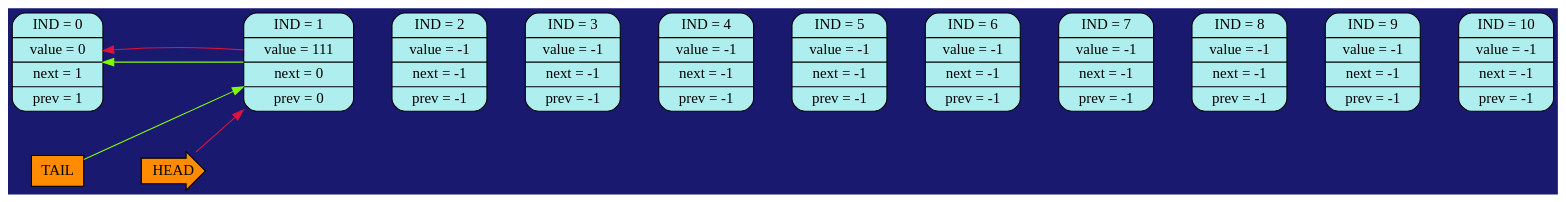
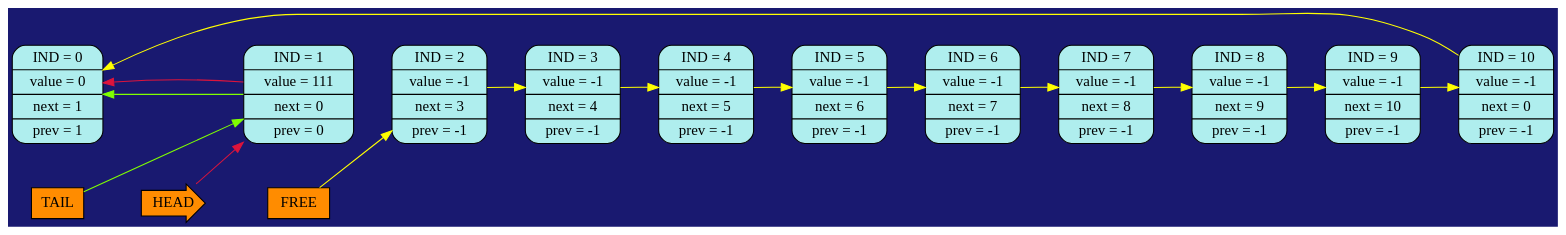
One commit to SashaKhaytina/List changed the diagram in pictures/image01.dot. Above: the diagram before and after it, drawn with Graphviz. The commit also changed 23 other files, not shown here.

Commit message:
fast find free ind and new TEST4

```diff
--- a/pictures/image01.dot
+++ b/pictures/image01.dot
@@ -1,37 +1,48 @@
 digraph
 {
 bgcolor="#191970";
 rankdir = LR;
 edge[style="invis", weight = 1000000];
 IND_0[shape=Mrecord, label = "IND = 0 | value = 0 | next = 1 | prev = 1 ", style="filled",fillcolor="#AFEEEE"]
 IND_1[shape=Mrecord, label = "IND = 1 | value = 111 | next = 0 | prev = 0 ", style="filled",fillcolor="#AFEEEE"]
-IND_2[shape=Mrecord, label = "IND = 2 | value = -1 | next = -1 | prev = -1 ", style="filled",fillcolor="#AFEEEE"]
-IND_3[shape=Mrecord, label = "IND = 3 | value = -1 | next = -1 | prev = -1 ", style="filled",fillcolor="#AFEEEE"]
-IND_4[shape=Mrecord, label = "IND = 4 | value = -1 | next = -1 | prev = -1 ", style="filled",fillcolor="#AFEEEE"]
-IND_5[shape=Mrecord, label = "IND = 5 | value = -1 | next = -1 | prev = -1 ", style="filled",fillcolor="#AFEEEE"]
-IND_6[shape=Mrecord, label = "IND = 6 | value = -1 | next = -1 | prev = -1 ", style="filled",fillcolor="#AFEEEE"]
-IND_7[shape=Mrecord, label = "IND = 7 | value = -1 | next = -1 | prev = -1 ", style="filled",fillcolor="#AFEEEE"]
-IND_8[shape=Mrecord, label = "IND = 8 | value = -1 | next = -1 | prev = -1 ", style="filled",fillcolor="#AFEEEE"]
-IND_9[shape=Mrecord, label = "IND = 9 | value = -1 | next = -1 | prev = -1 ", style="filled",fillcolor="#AFEEEE"]
-IND_10[shape=Mrecord, label = "IND = 10 | value = -1 | next = -1 | prev = -1 ", style="filled",fillcolor="#AFEEEE"]
+IND_2[shape=Mrecord, label = "IND = 2 | value = -1 | next = 3 | prev = -1 ", style="filled",fillcolor="#AFEEEE"]
+IND_3[shape=Mrecord, label = "IND = 3 | value = -1 | next = 4 | prev = -1 ", style="filled",fillcolor="#AFEEEE"]
+IND_4[shape=Mrecord, label = "IND = 4 | value = -1 | next = 5 | prev = -1 ", style="filled",fillcolor="#AFEEEE"]
+IND_5[shape=Mrecord, label = "IND = 5 | value = -1 | next = 6 | prev = -1 ", style="filled",fillcolor="#AFEEEE"]
+IND_6[shape=Mrecord, label = "IND = 6 | value = -1 | next = 7 | prev = -1 ", style="filled",fillcolor="#AFEEEE"]
+IND_7[shape=Mrecord, label = "IND = 7 | value = -1 | next = 8 | prev = -1 ", style="filled",fillcolor="#AFEEEE"]
+IND_8[shape=Mrecord, label = "IND = 8 | value = -1 | next = 9 | prev = -1 ", style="filled",fillcolor="#AFEEEE"]
+IND_9[shape=Mrecord, label = "IND = 9 | value = -1 | next = 10 | prev = -1 ", style="filled",fillcolor="#AFEEEE"]
+IND_10[shape=Mrecord, label = "IND = 10 | value = -1 | next = 0 | prev = -1 ", style="filled",fillcolor="#AFEEEE"]
 IND_0 -> IND_1
 IND_1 -> IND_2
 IND_2 -> IND_3
 IND_3 -> IND_4
 IND_4 -> IND_5
 IND_5 -> IND_6
 IND_6 -> IND_7
 IND_7 -> IND_8
 IND_8 -> IND_9
 IND_9 -> IND_10
 TAIL[shape="rectangle", width = 0.5, height = 0.4, style="filled", fillcolor="#FF8C00"];
 HEAD[shape="rarrow", width = 0.5, height = 0.5, style="filled", fillcolor="#FF8C00"];
+FREE[shape="rectangle", width = 0.5, height = 0.4, style="filled", fillcolor="#FF8C00"];
 { rank = same; TAIL; IND_0}
-TAIL -> HEAD
+TAIL -> HEAD -> FREE
 edge[color="#7FFF00", weight = 1, style=""];
 IND_1 -> IND_0;
+IND_2 -> IND_3 [color="#FFFF00"];
+IND_3 -> IND_4 [color="#FFFF00"];
+IND_4 -> IND_5 [color="#FFFF00"];
+IND_5 -> IND_6 [color="#FFFF00"];
+IND_6 -> IND_7 [color="#FFFF00"];
+IND_7 -> IND_8 [color="#FFFF00"];
+IND_8 -> IND_9 [color="#FFFF00"];
+IND_9 -> IND_10 [color="#FFFF00"];
+IND_10 -> IND_0 [color="#FFFF00"];
 TAIL -> IND_1;
+FREE -> IND_2 [color="#FFFF00"];
 edge[color="#DC143C", weight = 1, style=""];
 IND_1 -> IND_0;
 HEAD -> IND_1;
 }
```
